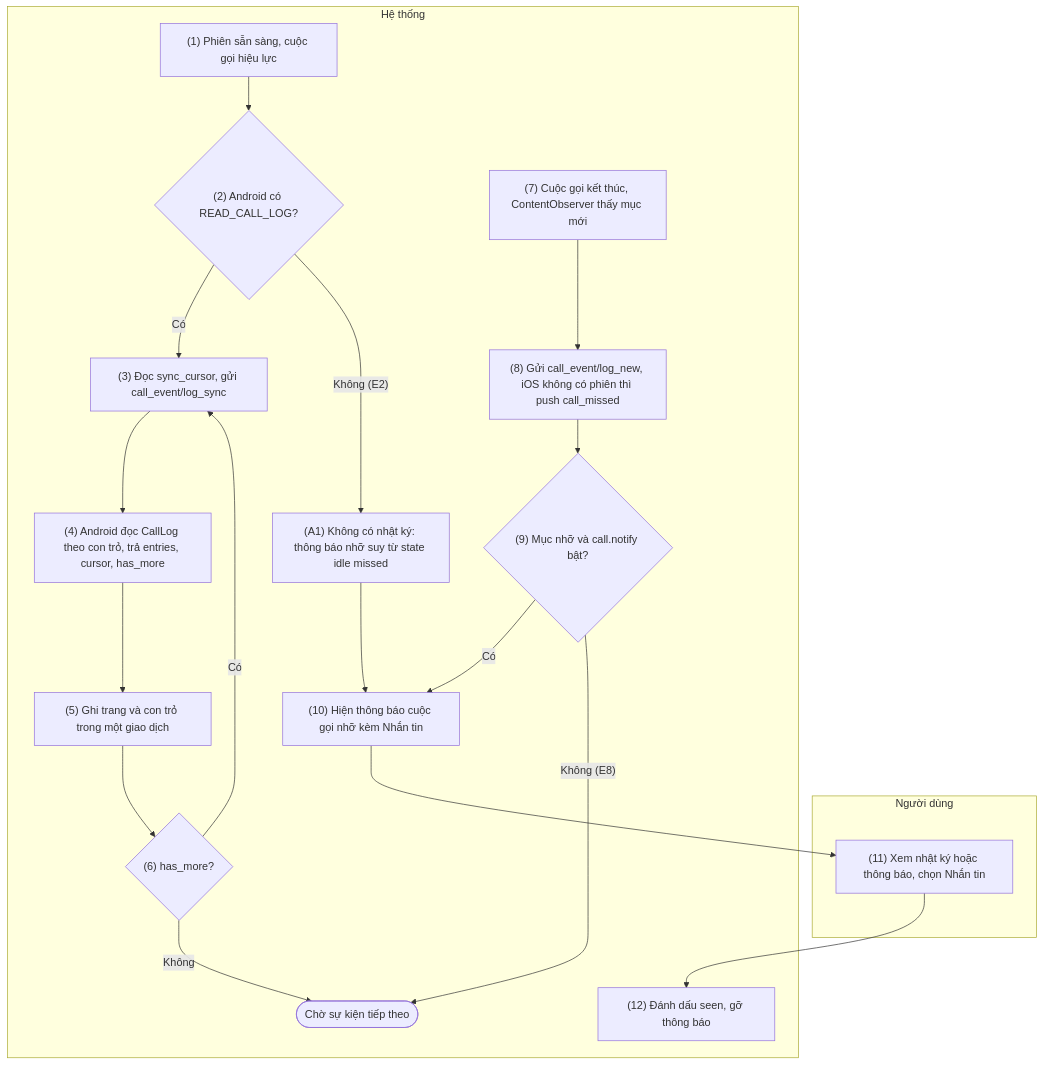
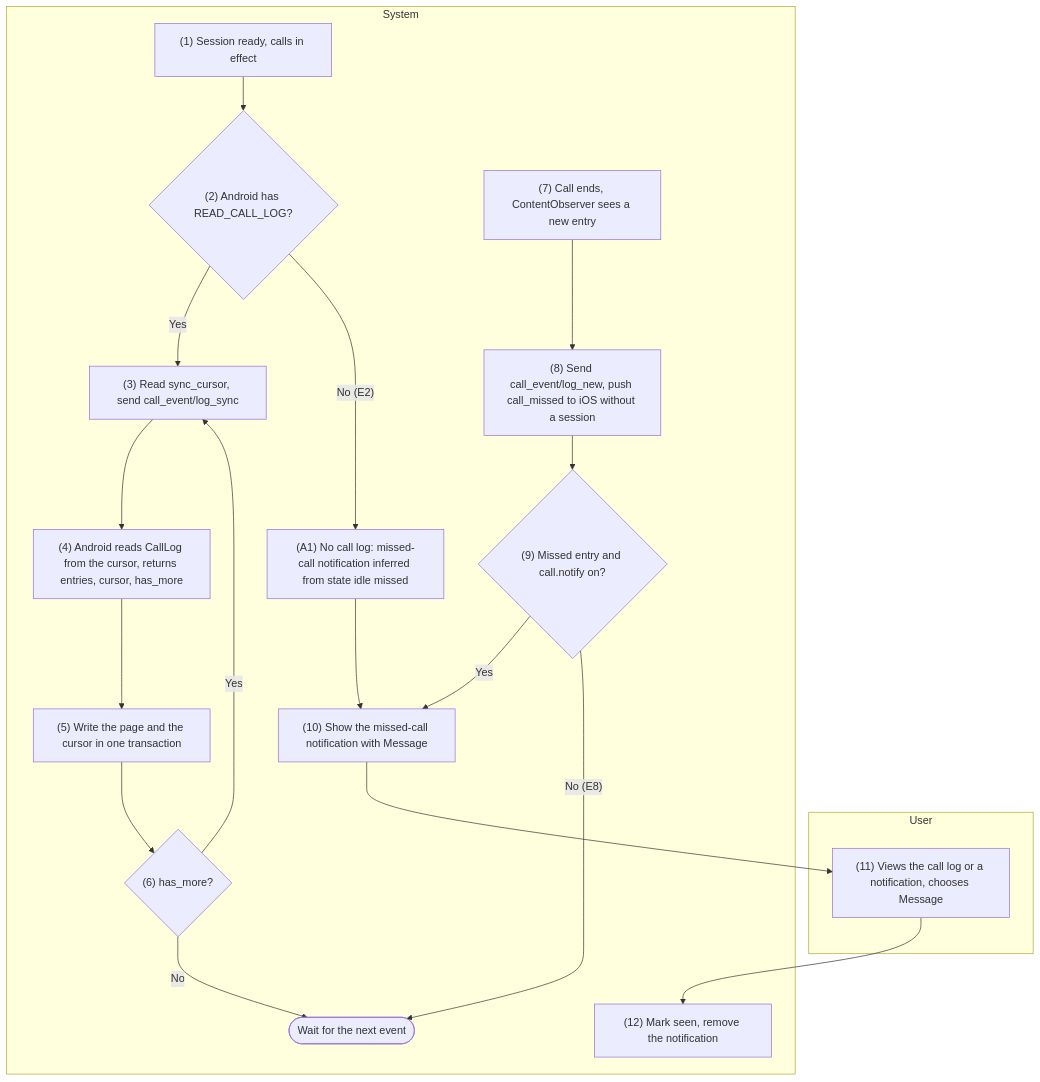
The fourth of 4 diagrams in docs/detailed-design/06-call-control.md (HandLive/handlive), drawn with Mermaid before and after one commit. The commit also changed other lines of this file and 1 other file, not shown here.

Commit message:
docs: translate docs/detailed-design/06-call-control.md into English

````diff
--- a/docs/detailed-design/06-call-control.md
+++ b/docs/detailed-design/06-call-control.md
@@ -987,29 +1013,29 @@
 ```mermaid
 flowchart TB
-  subgraph ND["Người dùng"]
-    U11["(11) Xem nhật ký hoặc thông báo, chọn Nhắn tin"]
+  subgraph ND["User"]
+    U11["(11) Views the call log or a notification, chooses Message"]
   end
-  subgraph HT["Hệ thống"]
-    S1["(1) Phiên sẵn sàng, cuộc gọi hiệu lực"]
-    D2{"(2) Android có READ_CALL_LOG?"}
-    S3["(3) Đọc sync_cursor, gửi call_event/log_sync"]
-    S4["(4) Android đọc CallLog theo con trỏ, trả entries, cursor, has_more"]
-    S5["(5) Ghi trang và con trỏ trong một giao dịch"]
+  subgraph HT["System"]
+    S1["(1) Session ready, calls in effect"]
+    D2{"(2) Android has READ_CALL_LOG?"}
+    S3["(3) Read sync_cursor, send call_event/log_sync"]
+    S4["(4) Android reads CallLog from the cursor, returns entries, cursor, has_more"]
+    S5["(5) Write the page and the cursor in one transaction"]
     D6{"(6) has_more?"}
-    S7["(7) Cuộc gọi kết thúc, ContentObserver thấy mục mới"]
-    S8["(8) Gửi call_event/log_new, iOS không có phiên thì push call_missed"]
-    D9{"(9) Mục nhỡ và call.notify bật?"}
-    S10["(10) Hiện thông báo cuộc gọi nhỡ kèm Nhắn tin"]
-    S12["(12) Đánh dấu seen, gỡ thông báo"]
-    SA1["(A1) Không có nhật ký: thông báo nhỡ suy từ state idle missed"]
-    X1(["Chờ sự kiện tiếp theo"])
+    S7["(7) Call ends, ContentObserver sees a new entry"]
+    S8["(8) Send call_event/log_new, push call_missed to iOS without a session"]
+    D9{"(9) Missed entry and call.notify on?"}
+    S10["(10) Show the missed-call notification with Message"]
+    S12["(12) Mark seen, remove the notification"]
+    SA1["(A1) No call log: missed-call notification inferred from state idle missed"]
+    X1(["Wait for the next event"])
   end
   S1 --> D2
-  D2 -- "Có" --> S3 --> S4 --> S5 --> D6
-  D6 -- "Có" --> S3
-  D6 -- "Không" --> X1
-  D2 -- "Không (E2)" --> SA1 --> S10
+  D2 -- "Yes" --> S3 --> S4 --> S5 --> D6
+  D6 -- "Yes" --> S3
+  D6 -- "No" --> X1
+  D2 -- "No (E2)" --> SA1 --> S10
   S7 --> S8 --> D9
-  D9 -- "Có" --> S10 --> U11 --> S12
-  D9 -- "Không (E8)" --> X1
+  D9 -- "Yes" --> S10 --> U11 --> S12
+  D9 -- "No (E8)" --> X1
 ```
````
